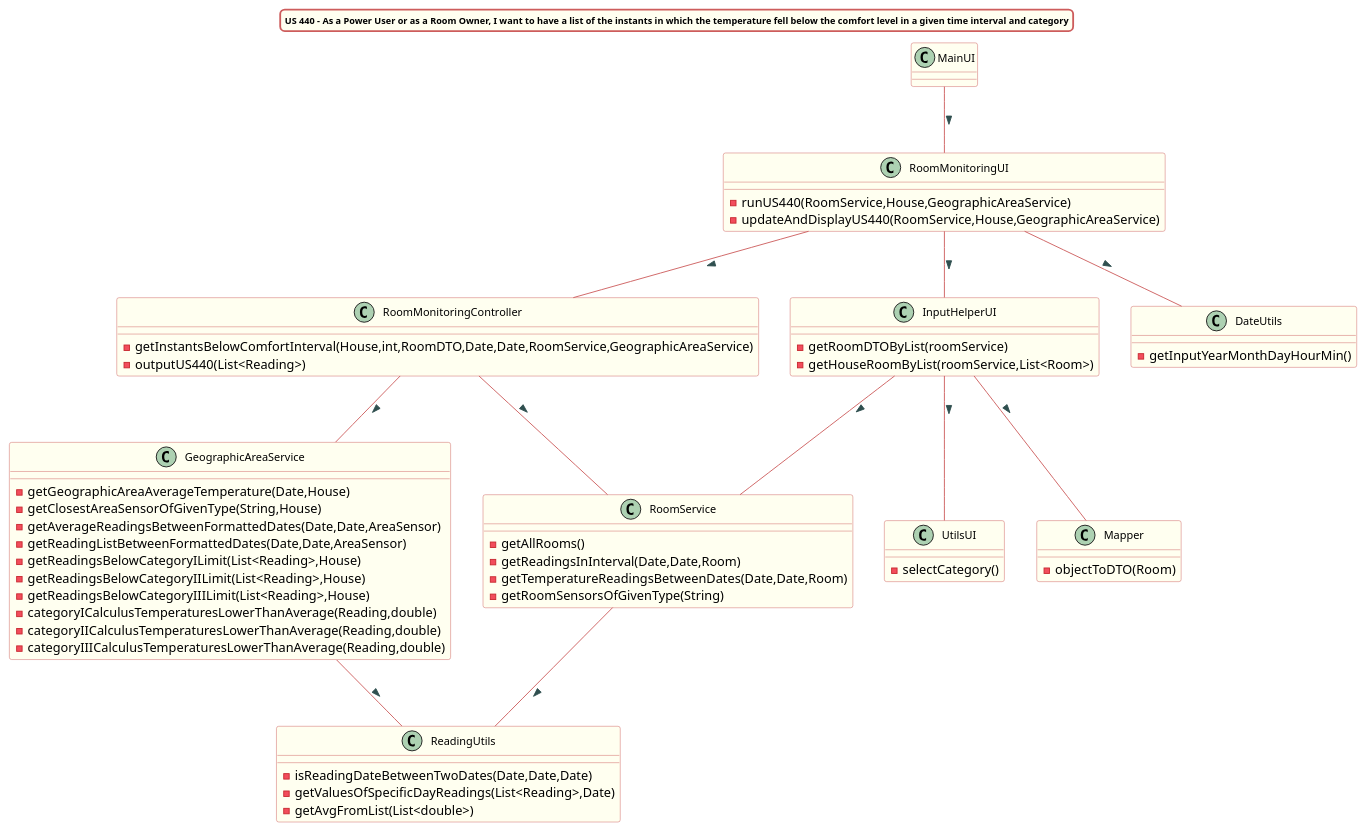
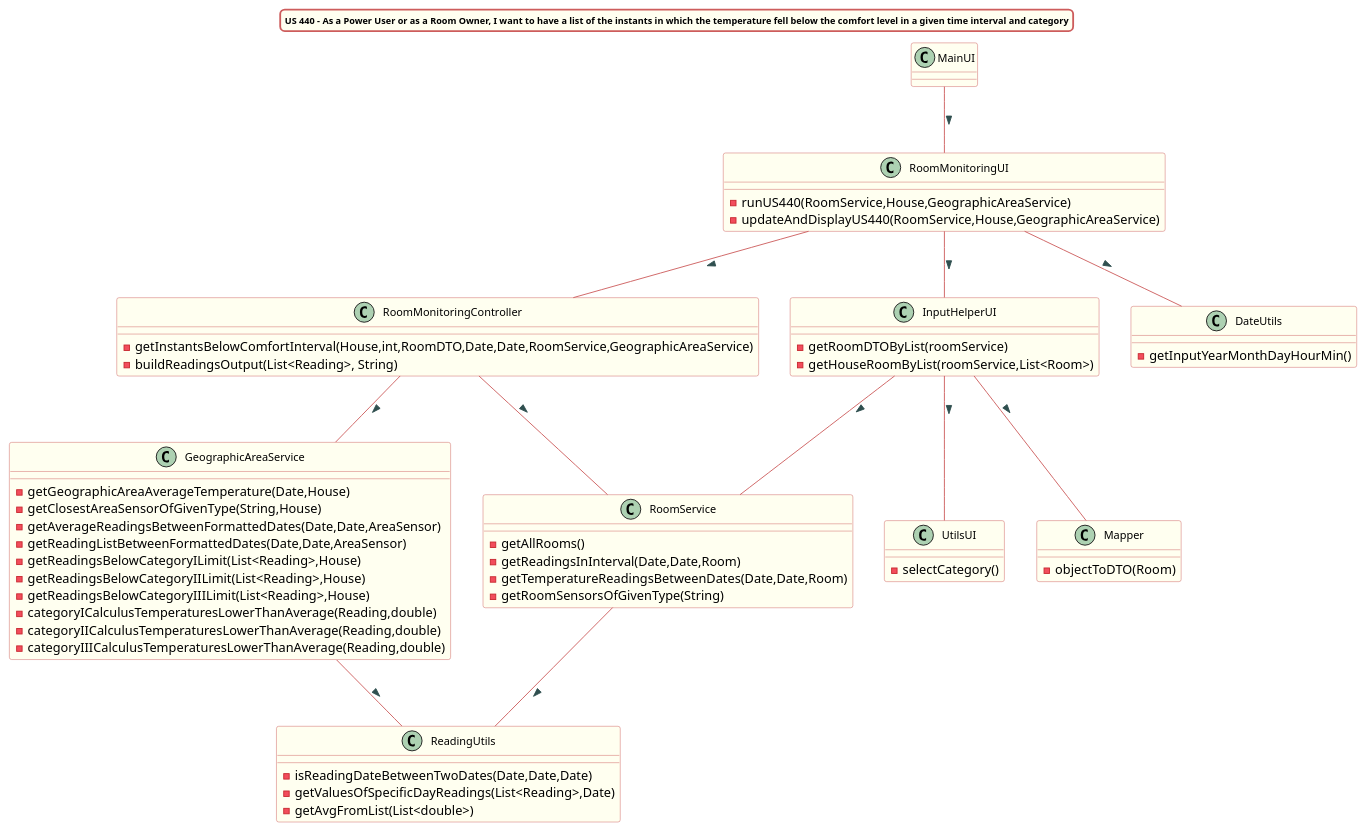
The diagram in src/doc/Controllers/RoomMonitoring/US440/US440_cd_RoomMonitoring.puml (Almadanmp/project), drawn with PlantUML before and after one commit. The commit also changed 1 other file, not shown here.

Commit message:
REF #259 - Fix Class Diagrams according to new buildString method

```diff
--- a/src/doc/Controllers/RoomMonitoring/US440/US440_cd_RoomMonitoring.puml
+++ b/src/doc/Controllers/RoomMonitoring/US440/US440_cd_RoomMonitoring.puml
@@ -1,102 +1,101 @@
 @startuml
 
 title US 440 - As a Power User or as a Room Owner, I want to have a list of the instants in which the temperature fell below the comfort level in a given time interval and category
 skinparam titleBorderRoundCorner 10
 skinparam titleBorderThickness 2
 skinparam titleBorderColor indianred
 skinparam titleBackgroundColor ivory
 skinparam FontName verdana
 skinparam titleFontSize 10
 
 
 skinparam class {
   BorderColor indianred
   BackgroundColor indianred
   BackgroundColor ivory
    roundcorner 10
    ArrowFontName Verdana
    ArrowColor indianred
    ArrowFontColor darkslategrey
    FontSize 12
 }
 
 class RoomMonitoringController
 class RoomMonitoringUI
 class Mapper
 class RoomService
 class GeographicAreaService
 class DateUtils
 class InputHelperUI
 class UtilsUI
 
 
 MainUI -- RoomMonitoringUI : >
 RoomMonitoringUI -- DateUtils : >
 RoomMonitoringUI -- InputHelperUI : >
 InputHelperUI -- RoomService : >
 InputHelperUI -- Mapper : >
 InputHelperUI -- UtilsUI : >
 RoomMonitoringUI -- RoomMonitoringController : >
 RoomMonitoringController -- RoomService : >
 RoomService -- ReadingUtils : >
 RoomMonitoringController -- GeographicAreaService : >
 GeographicAreaService -- ReadingUtils : >
 
 
 
 class RoomMonitoringController {
 -getInstantsBelowComfortInterval(House,int,RoomDTO,Date,Date,RoomService,GeographicAreaService)
--outputUS440(List<Reading>)
-
+-buildReadingsOutput(List<Reading>, String)
 }
 
 class RoomMonitoringUI {
 -runUS440(RoomService,House,GeographicAreaService)
 -updateAndDisplayUS440(RoomService,House,GeographicAreaService)
 }
 
 class Mapper {
 -objectToDTO(Room)
 }
 
 class RoomService{
 -getAllRooms()
 -getReadingsInInterval(Date,Date,Room)
 -getTemperatureReadingsBetweenDates(Date,Date,Room)
 -getRoomSensorsOfGivenType(String)
 }
 
 class GeographicAreaService{
 -getGeographicAreaAverageTemperature(Date,House)
 -getClosestAreaSensorOfGivenType(String,House)
 -getAverageReadingsBetweenFormattedDates(Date,Date,AreaSensor)
 -getReadingListBetweenFormattedDates(Date,Date,AreaSensor)
 -getReadingsBelowCategoryILimit(List<Reading>,House)
 -getReadingsBelowCategoryIILimit(List<Reading>,House)
 -getReadingsBelowCategoryIIILimit(List<Reading>,House)
 -categoryICalculusTemperaturesLowerThanAverage(Reading,double)
 -categoryIICalculusTemperaturesLowerThanAverage(Reading,double)
 -categoryIIICalculusTemperaturesLowerThanAverage(Reading,double)
 }
 
 class DateUtils {
 -getInputYearMonthDayHourMin()
 }
 
 class InputHelperUI {
 -getRoomDTOByList(roomService)
 -getHouseRoomByList(roomService,List<Room>)
 }
 
 class UtilsUI {
 -selectCategory()
 }
 
 class ReadingUtils {
 -isReadingDateBetweenTwoDates(Date,Date,Date)
 -getValuesOfSpecificDayReadings(List<Reading>,Date)
 -getAvgFromList(List<double>)
 }
 
 
 @enduml
```
